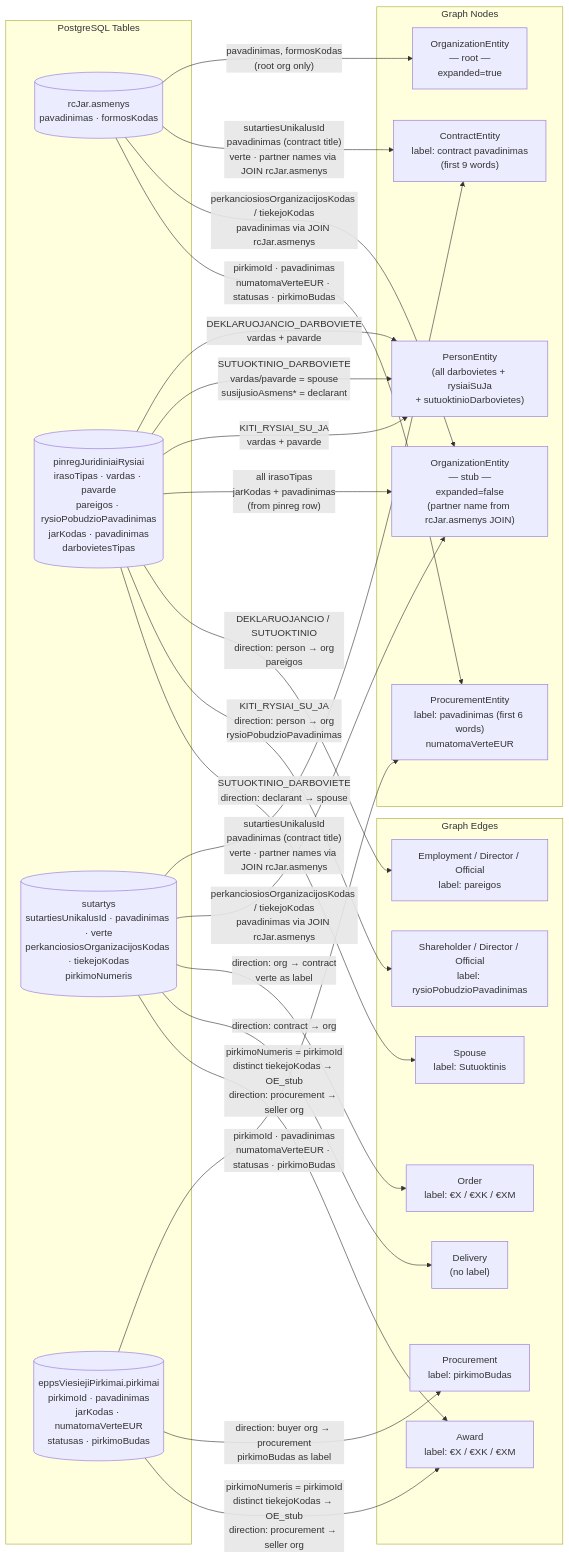
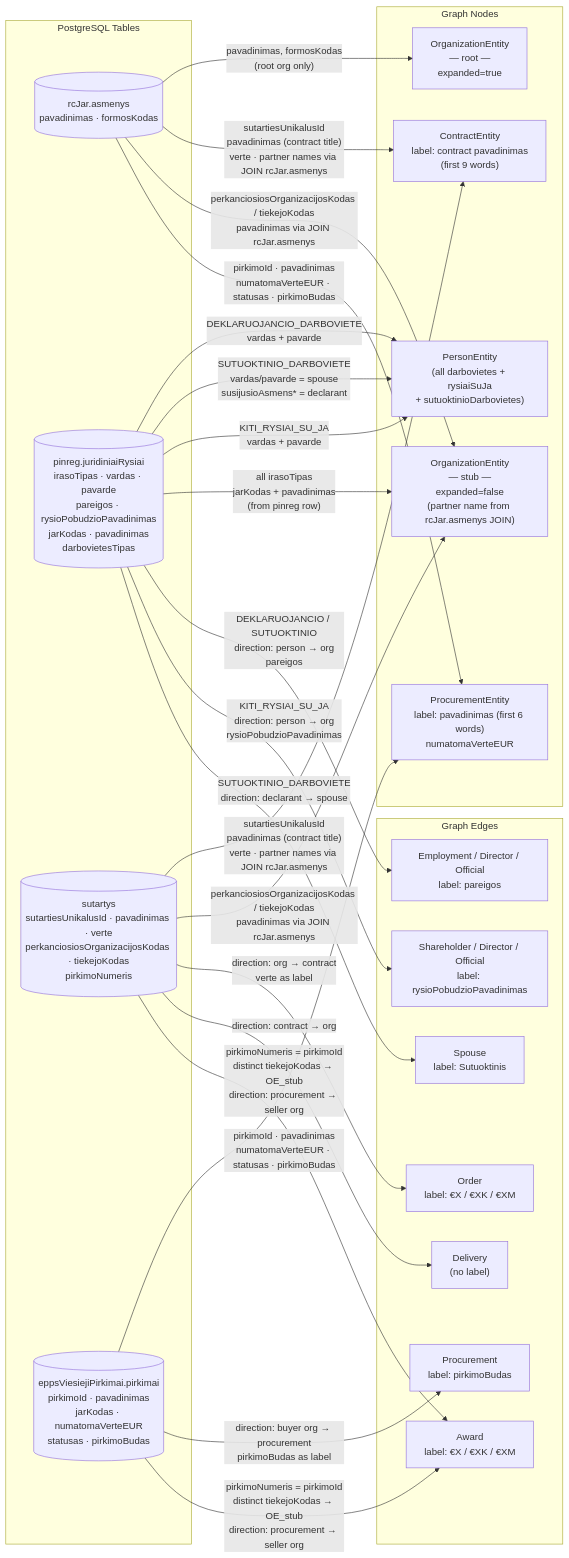
Before and after one commit to Viespirkiu-grupe/viespirkiai: the first of 3 diagrams in docs/rysiai-spec.md, drawn with Mermaid. The commit also changed other lines of this file and 19 other files, not shown here.

Commit message:
pinreg schema

````diff
--- a/docs/rysiai-spec.md
+++ b/docs/rysiai-spec.md
@@ -144,43 +144,43 @@
 ```mermaid
 flowchart LR
     subgraph DB["PostgreSQL Tables"]
         JC[("rcJar.asmenys\npavadinimas · formosKodas")]
-        PR[("pinregJuridiniaiRysiai\nirasoTipas · vardas · pavarde\npareigos · rysioPobudzioPavadinimas\njarKodas · pavadinimas\ndarbovietesTipas")]
+        PR[("pinreg.juridiniaiRysiai\nirasoTipas · vardas · pavarde\npareigos · rysioPobudzioPavadinimas\njarKodas · pavadinimas\ndarbovietesTipas")]
         ST[("sutartys\nsutartiesUnikalusId · pavadinimas · verte\nperkanciosiosOrganizacijosKodas · tiekejoKodas\npirkimoNumeris")]
         VP[("eppsViesiejiPirkimai.pirkimai\npirkimoId · pavadinimas\njarKodas · numatomaVerteEUR\nstatusas · pirkimoBudas")]
     end
 
     subgraph GN["Graph Nodes"]
         OE_root["OrganizationEntity\n— root —\nexpanded=true"]
         OE_stub["OrganizationEntity\n— stub —\nexpanded=false\n(partner name from rcJar.asmenys JOIN)"]
         PE["PersonEntity\n(all darbovietes + rysiaiSuJa\n+ sutuoktinioDarbovietes)"]
         CE["ContractEntity\nlabel: contract pavadinimas\n(first 9 words)"]
         VPE["ProcurementEntity\nlabel: pavadinimas (first 6 words)\nnumatomaVerteEUR"]
     end
 
     subgraph GE["Graph Edges"]
         E1["Employment / Director / Official\nlabel: pareigos"]
         E2["Shareholder / Director / Official\nlabel: rysioPobudzioPavadinimas"]
         E3["Spouse\nlabel: Sutuoktinis"]
         E4["Order\nlabel: €X / €XK / €XM"]
         E5["Delivery\n(no label)"]
         E6["Procurement\nlabel: pirkimoBudas"]
         E7["Award\nlabel: €X / €XK / €XM"]
     end
 
     JC -->|" pavadinimas, formosKodas\n(root org only) "| OE_root
     PR -->|" DEKLARUOJANCIO_DARBOVIETE\nvardas + pavarde "| PE
     PR -->|" SUTUOKTINIO_DARBOVIETE\nvardas/pavarde = spouse\nsusijusioAsmens* = declarant "| PE
     PR -->|" KITI_RYSIAI_SU_JA\nvardas + pavarde "| PE
     PR -->|" all irasoTipas\njarKodas + pavadinimas\n(from pinreg row) "| OE_stub
     PR -->|" DEKLARUOJANCIO / SUTUOKTINIO\ndirection: person → org\npareigos "| E1
     PR -->|" KITI_RYSIAI_SU_JA\ndirection: person → org\nrysioPobudzioPavadinimas "| E2
     PR -->|" SUTUOKTINIO_DARBOVIETE\ndirection: declarant → spouse "| E3
     ST & JC -->|" sutartiesUnikalusId\npavadinimas (contract title)\nverte · partner names via JOIN rcJar.asmenys "| CE
     ST & JC -->|" perkanciosiosOrganizacijosKodas / tiekejoKodas\npavadinimas via JOIN rcJar.asmenys "| OE_stub
     ST -->|" direction: org → contract\nverte as label "| E4
     ST -->|" direction: contract → org "| E5
     VP & JC -->|" pirkimoId · pavadinimas\nnumatomaVerteEUR · statusas · pirkimoBudas "| VPE
     VP -->|" direction: buyer org → procurement\npirkimoBudas as label "| E6
     ST & VP -->|" pirkimoNumeris = pirkimoId\ndistinct tiekejoKodas → OE_stub\ndirection: procurement → seller org "| E7
 ```
````
